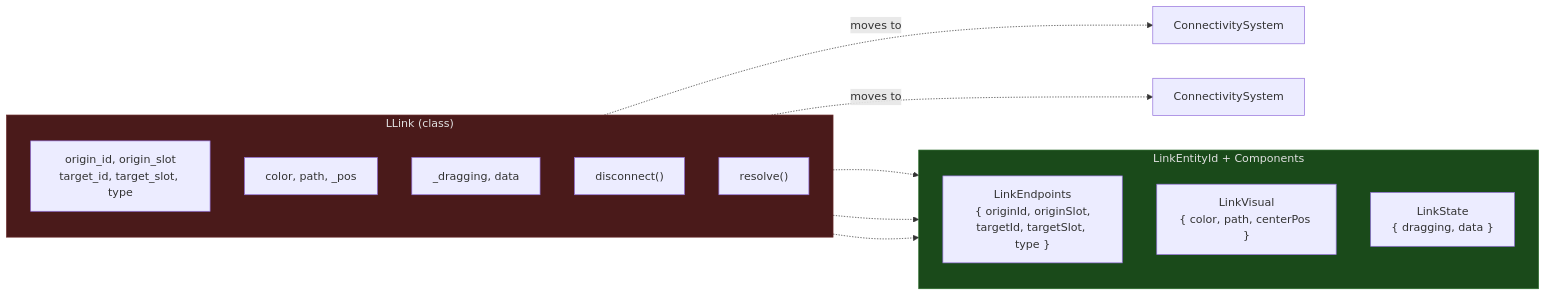
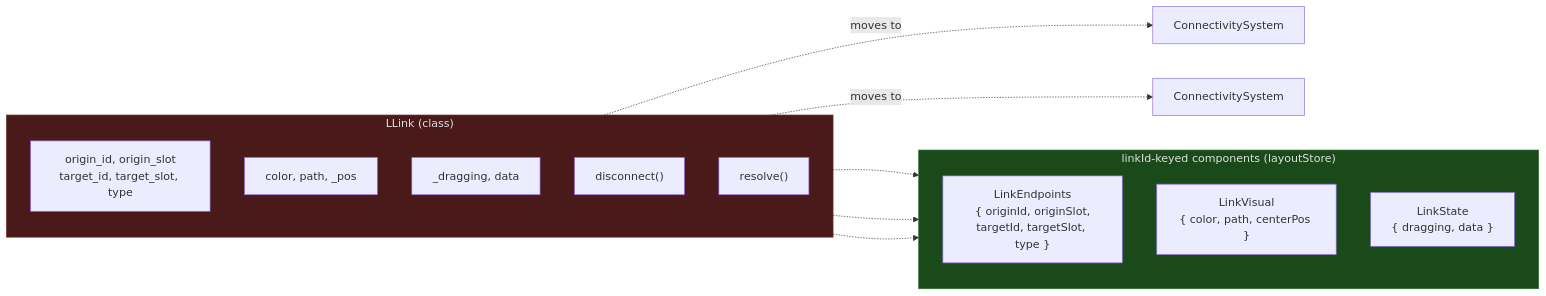
Before and after one commit to Comfy-Org/ComfyUI_frontend: the fourth of 12 diagrams in docs/architecture/ecs-target-architecture.md, drawn with Mermaid. The commit also changed other lines of this file and 12 other files, not shown here.

````diff
--- a/docs/architecture/ecs-target-architecture.md
+++ b/docs/architecture/ecs-target-architecture.md
@@ -171,32 +168,32 @@
 ```mermaid
 graph LR
     subgraph Before["LLink (class)"]
         direction TB
         B1["origin_id, origin_slot
 target_id, target_slot, type"]
         B2["color, path, _pos"]
         B3["_dragging, data"]
         B4["disconnect()"]
         B5["resolve()"]
     end
 
-    subgraph After["LinkEntityId + Components"]
+    subgraph After["linkId-keyed components (layoutStore)"]
         direction TB
         A1["LinkEndpoints
 { originId, originSlot,
 targetId, targetSlot, type }"]
         A2["LinkVisual
 { color, path, centerPos }"]
         A3["LinkState
 { dragging, data }"]
     end
 
     B1 -.-> A1
     B2 -.-> A2
     B3 -.-> A3
     B4 -.->|"moves to"| SYS1["ConnectivitySystem"]
     B5 -.->|"moves to"| SYS2["ConnectivitySystem"]
 
     style Before fill:#4a1a1a,stroke:#6a2a2a,color:#e0e0e0
     style After fill:#1a4a1a,stroke:#2a6a2a,color:#e0e0e0
 ```
````
